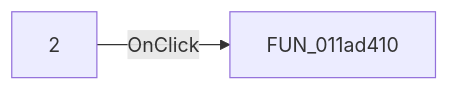
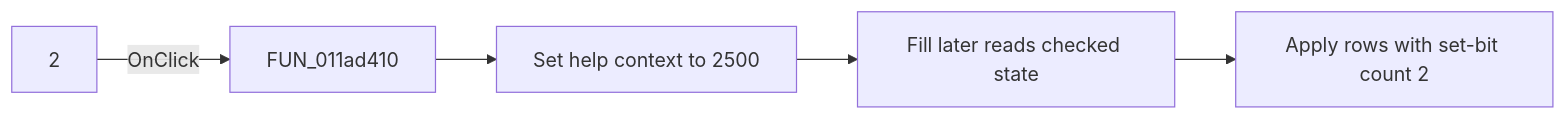
The diagram in docs/ui-controls/tables-form/checkbox3-73424c4d60.md (MovGP0/TIARA), drawn with Mermaid before and after one commit. The commit also changed other lines of this file and 387 other files, not shown here.

````diff
--- a/docs/ui-controls/tables-form/checkbox3-73424c4d60.md
+++ b/docs/ui-controls/tables-form/checkbox3-73424c4d60.md
@@ -27,4 +27,7 @@
 ```mermaid
 flowchart LR
     control["2"] -->|OnClick| handler["FUN_011ad410"]
+    handler --> topic["Set help context to 2500"]
+    topic --> fill["Fill later reads checked state"]
+    fill --> rows["Apply rows with set-bit count 2"]
 ```
````
